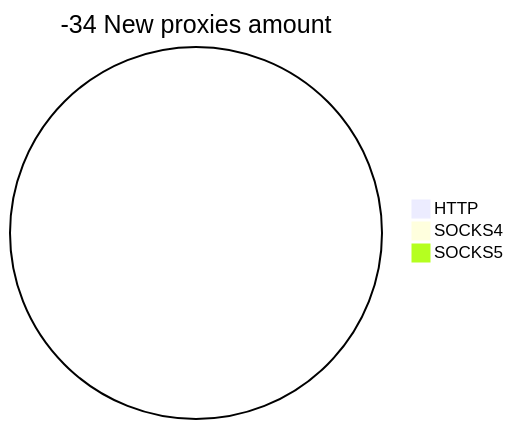
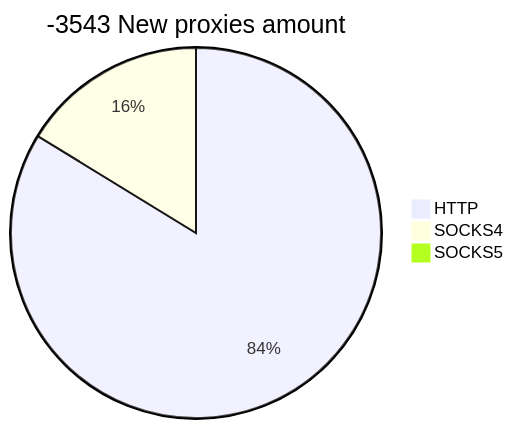
Before and after one commit to cutipu/proxylist: the second of 2 diagrams in README.md, drawn with Mermaid. The commit also changed other lines of this file, not shown here.

````diff
--- a/README.md
+++ b/README.md
@@ -10,6 +10,6 @@
 ```mermaid
-pie title -34 New proxies amount
-    "HTTP" : 0
-    "SOCKS4" : 0
+pie title -3543 New proxies amount
+    "HTTP" : 67
+    "SOCKS4" : 13
     "SOCKS5" : 0
 ```
````
